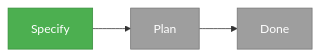
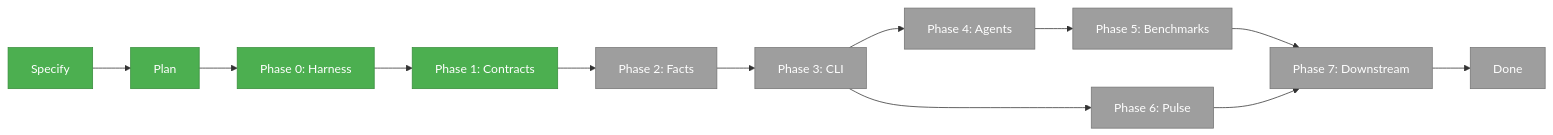
Before and after one commit to AI-Substrate/minih: the second of 2 diagrams in docs/plans/020-minih-harness-measurement/minih-harness-measurement.fltplan.md, drawn with Mermaid. The commit also changed other lines of this file and 45 other files, not shown here.

First line of the commit message:
fix(companion): ship missing schemas in code-review-companion@0.2.0 install (closes #30) (#33)

````diff
--- a/docs/plans/020-minih-harness-measurement/minih-harness-measurement.fltplan.md
+++ b/docs/plans/020-minih-harness-measurement/minih-harness-measurement.fltplan.md
@@ -98,9 +103,18 @@
 ```mermaid
 flowchart LR
     classDef done fill:#4CAF50,stroke:#388E3C,color:#fff
     classDef active fill:#FFC107,stroke:#FFA000,color:#000
     classDef ready fill:#9E9E9E,stroke:#757575,color:#fff
 
-    S[Specify]:::done --> P[Plan]:::ready
-    P --> D[Done]:::ready
+    S[Specify]:::done --> P[Plan]:::done
+    P --> P0[Phase 0: Harness]:::done
+    P0 --> P1[Phase 1: Contracts]:::done
+    P1 --> P2[Phase 2: Facts]:::ready
+    P2 --> P3[Phase 3: CLI]:::ready
+    P3 --> P4[Phase 4: Agents]:::ready
+    P4 --> P5[Phase 5: Benchmarks]:::ready
+    P3 --> P6[Phase 6: Pulse]:::ready
+    P5 --> P7[Phase 7: Downstream]:::ready
+    P6 --> P7
+    P7 --> D[Done]:::ready
 ```
````
